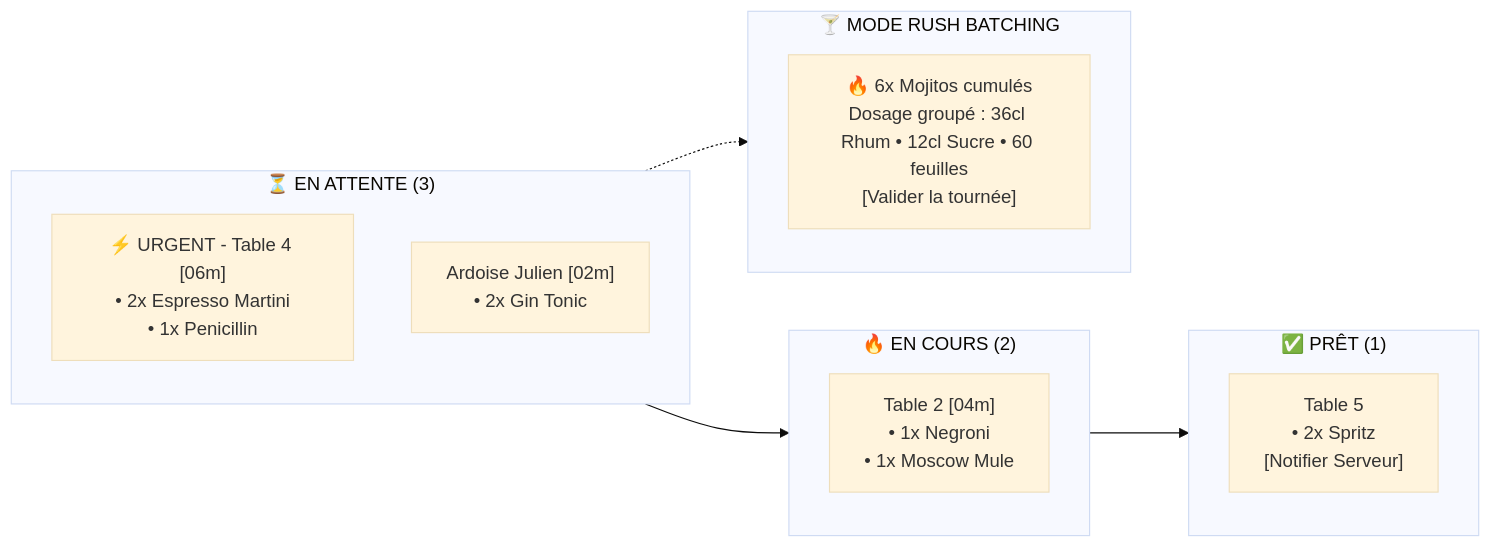
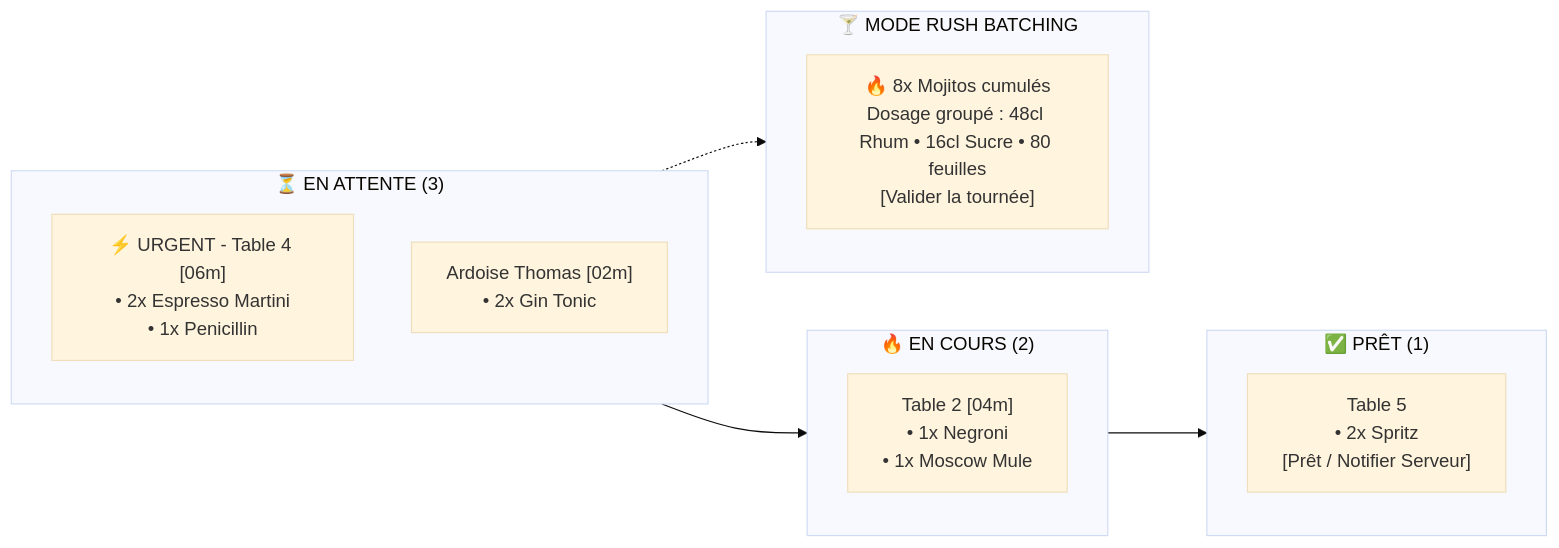
Before and after one commit to FunWarry/Open-Bar: the third of 5 diagrams in README.md, drawn with Mermaid (base theme). The commit also changed other lines of this file, not shown here.

````diff
--- a/README.md
+++ b/README.md
@@ -197,22 +222,22 @@
 ```mermaid
 flowchart LR
     subgraph Attente ["⏳ EN ATTENTE (3)"]
         Cmd1["⚡ URGENT - Table 4 [06m]\n• 2x Espresso Martini\n• 1x Penicillin"]
-        Cmd2["Ardoise Julien [02m]\n• 2x Gin Tonic"]
+        Cmd2["Ardoise Thomas [02m]\n• 2x Gin Tonic"]
     end
 
     subgraph EnCours ["🔥 EN COURS (2)"]
         Cmd3["Table 2 [04m]\n• 1x Negroni\n• 1x Moscow Mule"]
     end
 
     subgraph Pret ["✅ PRÊT (1)"]
-        Cmd4["Table 5\n• 2x Spritz\n[Notifier Serveur]"]
+        Cmd4["Table 5\n• 2x Spritz\n[Prêt / Notifier Serveur]"]
     end
 
     subgraph Rush ["🍸 MODE RUSH BATCHING"]
-        R1["🔥 6x Mojitos cumulés\nDosage groupé : 36cl Rhum • 12cl Sucre • 60 feuilles\n[Valider la tournée]"]
+        R1["🔥 8x Mojitos cumulés\nDosage groupé : 48cl Rhum • 16cl Sucre • 80 feuilles\n[Valider la tournée]"]
     end
 
     Attente --> EnCours --> Pret
     Attente -.-> Rush
 ```
````
